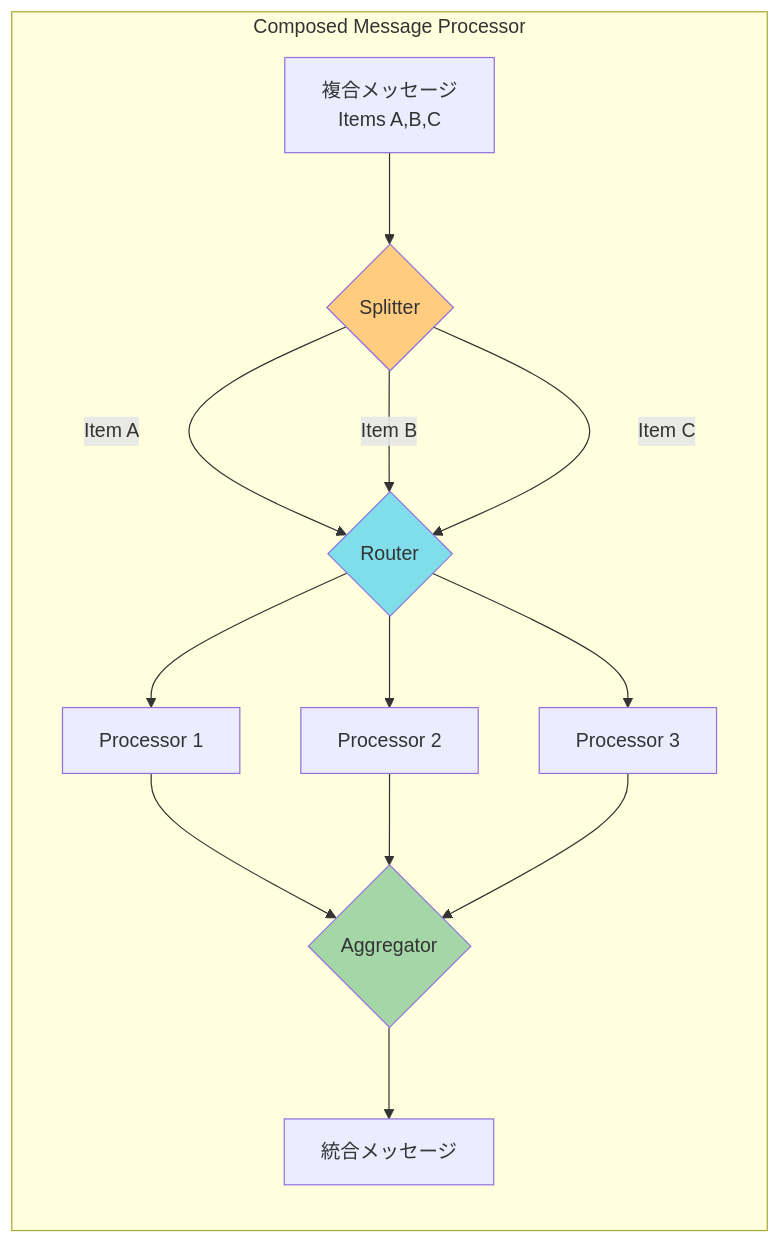
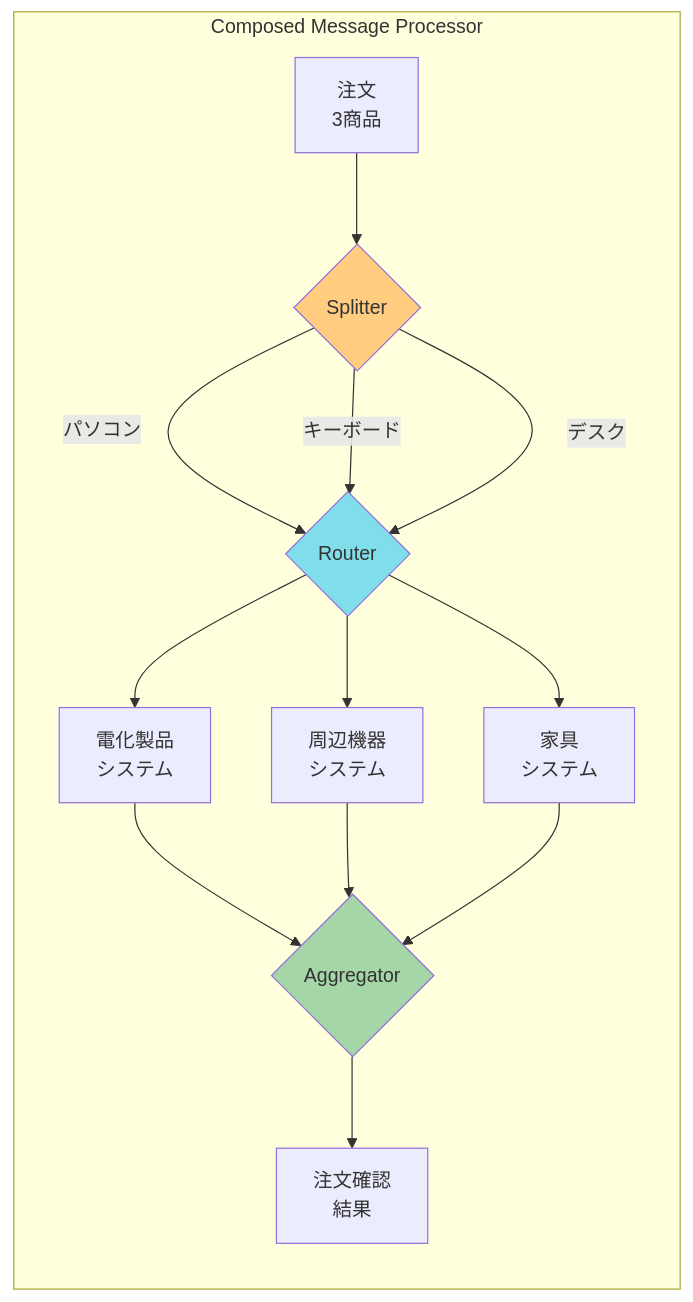
The third of 4 diagrams in content/programming/reactive_messaging_pattern/composed-routers/composed_message_processor.md (tomoikey/quartz), drawn with Mermaid before and after one commit. The commit also changed other lines of this file and 18 other files, not shown here.

````diff
--- a/content/programming/reactive_messaging_pattern/composed-routers/composed_message_processor.md
+++ b/content/programming/reactive_messaging_pattern/composed-routers/composed_message_processor.md
@@ -39,20 +71,20 @@
 ```mermaid
 graph LR
     subgraph "Composed Message Processor"
-        IN[複合メッセージ<br/>Items A,B,C] --> SP{Splitter}
-        SP --> |Item A| R{Router}
-        SP --> |Item B| R
-        SP --> |Item C| R
-        R --> P1[Processor 1]
-        R --> P2[Processor 2]
-        R --> P3[Processor 3]
+        IN[注文<br/>3商品] --> SP{Splitter}
+        SP --> |パソコン| R{Router}
+        SP --> |キーボード| R
+        SP --> |デスク| R
+        R --> P1[電化製品<br/>システム]
+        R --> P2[周辺機器<br/>システム]
+        R --> P3[家具<br/>システム]
         P1 --> AG{Aggregator}
         P2 --> AG
         P3 --> AG
-        AG --> OUT[統合メッセージ]
+        AG --> OUT[注文確認<br/>結果]
     end
 
     style SP fill:#ffcc80
     style R fill:#80deea
     style AG fill:#a5d6a7
 ```
````
